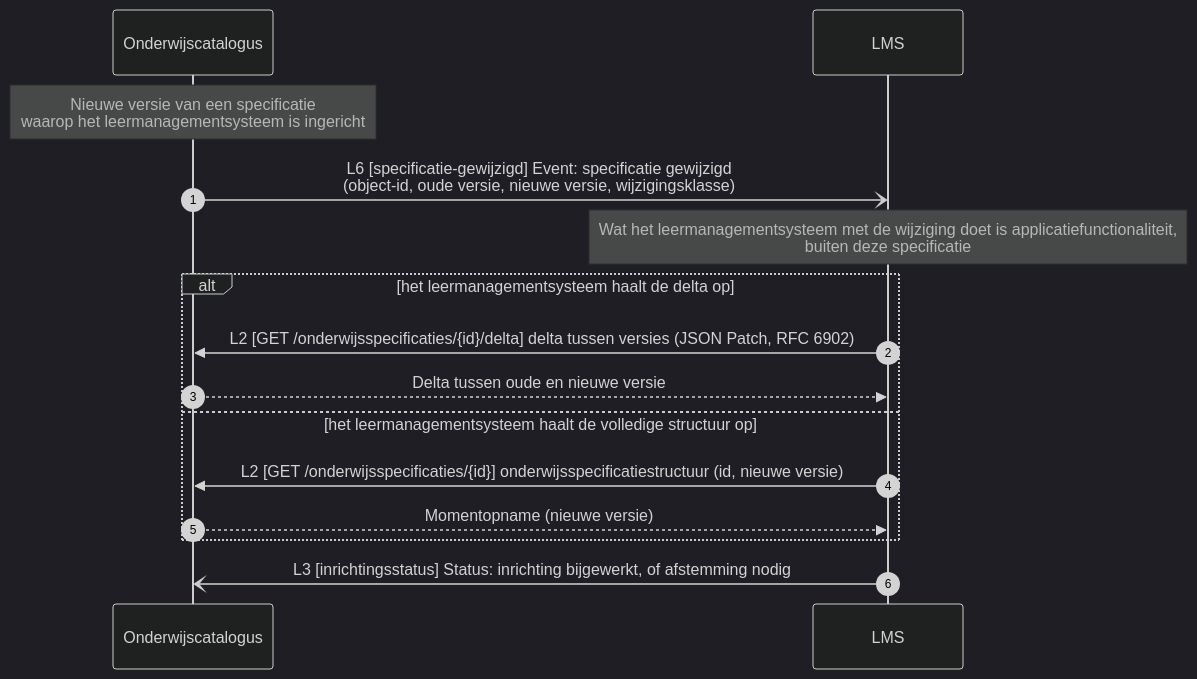
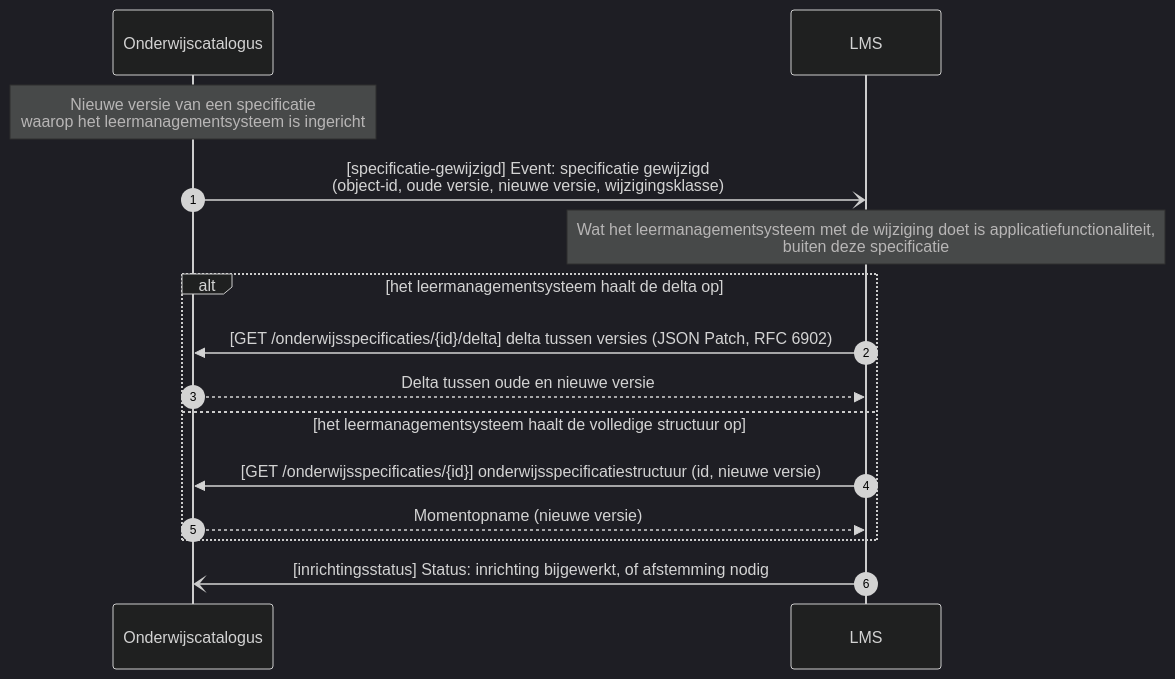
The third of 3 diagrams in Koppelvlakspecificaties/Koppelingspecificaties/onderwijscatalogus-leermanagementsysteem.md (Npuls-OKx/Public), drawn with Mermaid (dark theme) before and after one commit. The commit also changed other lines of this file and 5 other files, not shown here.

````diff
--- a/Koppelvlakspecificaties/Koppelingspecificaties/onderwijscatalogus-leermanagementsysteem.md
+++ b/Koppelvlakspecificaties/Koppelingspecificaties/onderwijscatalogus-leermanagementsysteem.md
@@ -126,18 +107,18 @@
 ```mermaid
 sequenceDiagram
     autonumber
     participant Onderwijscatalogus
     participant LMS
 
     Note over Onderwijscatalogus: Nieuwe versie van een specificatie<br/>waarop het leermanagementsysteem is ingericht
-    Onderwijscatalogus-)LMS: L6 [specificatie-gewijzigd] Event: specificatie gewijzigd<br/>(object-id, oude versie, nieuwe versie, wijzigingsklasse)
+    Onderwijscatalogus-)LMS: [specificatie-gewijzigd] Event: specificatie gewijzigd<br/>(object-id, oude versie, nieuwe versie, wijzigingsklasse)
     Note over LMS: Wat het leermanagementsysteem met de wijziging doet is applicatiefunctionaliteit,<br/>buiten deze specificatie
     alt het leermanagementsysteem haalt de delta op
-        LMS->>Onderwijscatalogus: L2 [GET /onderwijsspecificaties/{id}/delta] delta tussen versies (JSON Patch, RFC 6902)
+        LMS->>Onderwijscatalogus: [GET /onderwijsspecificaties/{id}/delta] delta tussen versies (JSON Patch, RFC 6902)
         Onderwijscatalogus-->>LMS: Delta tussen oude en nieuwe versie
     else het leermanagementsysteem haalt de volledige structuur op
-        LMS->>Onderwijscatalogus: L2 [GET /onderwijsspecificaties/{id}] onderwijsspecificatiestructuur (id, nieuwe versie)
+        LMS->>Onderwijscatalogus: [GET /onderwijsspecificaties/{id}] onderwijsspecificatiestructuur (id, nieuwe versie)
         Onderwijscatalogus-->>LMS: Momentopname (nieuwe versie)
     end
-    LMS-)Onderwijscatalogus: L3 [inrichtingsstatus] Status: inrichting bijgewerkt, of afstemming nodig
+    LMS-)Onderwijscatalogus: [inrichtingsstatus] Status: inrichting bijgewerkt, of afstemming nodig
 ```
````
